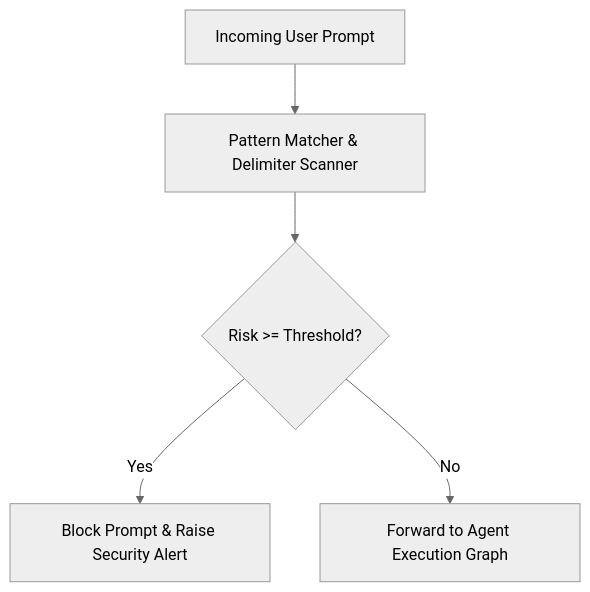
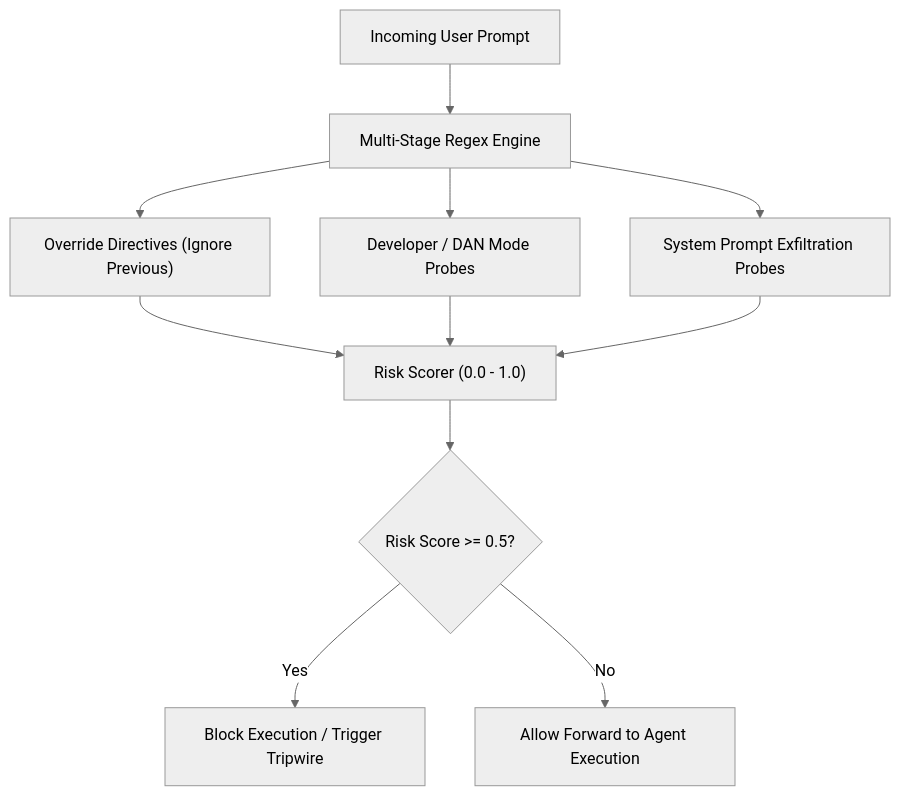
One commit to Alpha-Park/genpark-prompt-injection-jailbreak-detector-skill changed the diagram in README.md. Above: the diagram before and after it, drawn with Mermaid (neutral theme). The commit also changed other lines of this file, not shown here.

Commit message:
docs: add architecture documentation

````diff
--- a/README.md
+++ b/README.md
@@ -7,7 +6,11 @@
 ```mermaid
-graph TD
-    Input[Incoming User Prompt] --> Filter[Pattern Matcher & Delimiter Scanner]
-    Filter --> Eval{Risk >= Threshold?}
-    Eval -->|Yes| Block[Block Prompt & Raise Security Alert]
-    Eval -->|No| Pass[Forward to Agent Execution Graph]
+flowchart TD
+    Prompt["Incoming User Prompt"] --> Filter["Multi-Stage Regex Engine"]
+    Filter --> P1["Override Directives (Ignore Previous)"]
+    Filter --> P2["Developer / DAN Mode Probes"]
+    Filter --> P3["System Prompt Exfiltration Probes"]
+    P1 & P2 & P3 --> Aggregator["Risk Scorer (0.0 - 1.0)"]
+    Aggregator --> Decision{"Risk Score >= 0.5?"}
+    Decision -->|Yes| Block["Block Execution / Trigger Tripwire"]
+    Decision -->|No| Allow["Allow Forward to Agent Execution"]
 ```
````
